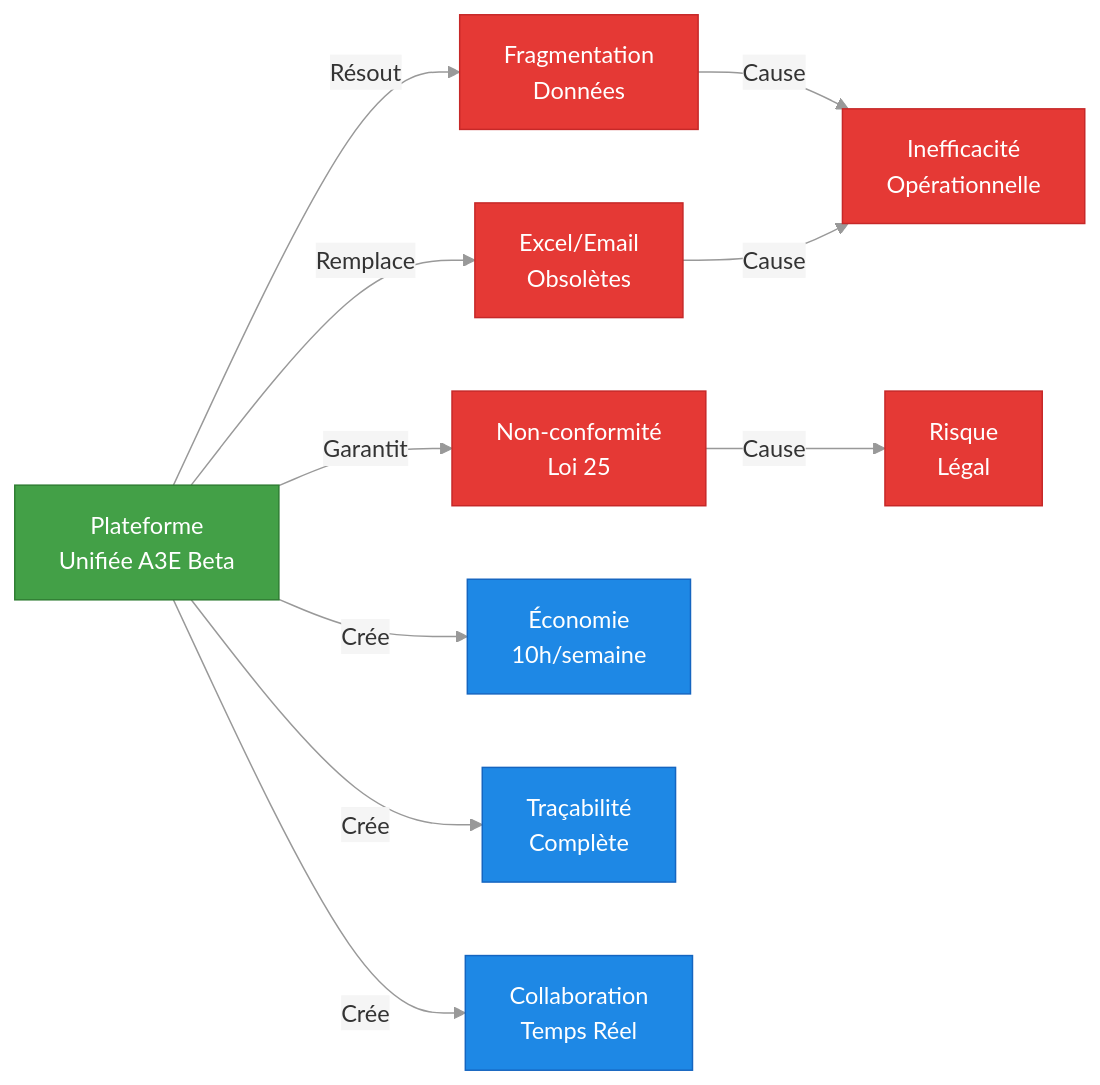
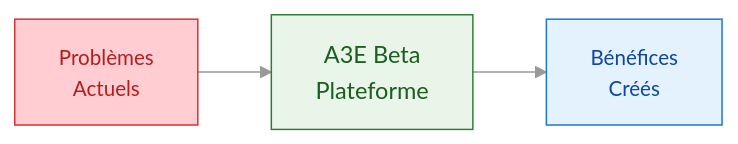
The first of 9 diagrams in project/6_product_specifications/PRD_MASTER.md (MacroMan5/project_a3e_beta), drawn with Mermaid before and after one commit. The commit also changed other lines of this file and 16 other files, not shown here.

````diff
--- a/project/6_product_specifications/PRD_MASTER.md
+++ b/project/6_product_specifications/PRD_MASTER.md
@@ -40,23 +40,14 @@
 ```mermaid
-%%{init: {'theme': 'base', 'themeVariables': { 'primaryColor': '#f5f5f5', 'lineColor': '#999'}}}%%
+%%{init: {'theme': 'base', 'themeVariables': { 'primaryColor': '#f5f5f5', 'lineColor': '#999', 'fontFamily': 'Roboto, sans-serif'}}}%%
 graph LR
-    classDef problem fill:#E53935,stroke:#C62828,color:white
-    classDef solution fill:#43A047,stroke:#2E7D32,color:white
-    classDef benefit fill:#1E88E5,stroke:#1565C0,color:white
-
-    A[Fragmentation<br/>Données] -->|Cause| B[Inefficacité<br/>Opérationnelle]
-    C[Excel/Email<br/>Obsolètes] -->|Cause| B
-    D[Non-conformité<br/>Loi 25] -->|Cause| E[Risque<br/>Légal]
+    Problems[Problèmes<br/>Actuels] --> Solution[A3E Beta<br/>Plateforme]
+    Solution --> Benefits[Bénéfices<br/>Créés]
     
-    F[Plateforme<br/>Unifiée A3E Beta] -->|Résout| A
-    F -->|Remplace| C
-    F -->|Garantit| D
+    classDef problem fill:#FFCDD2,stroke:#D32F2F,color:#B71C1C,font-size:14px
+    classDef solution fill:#E8F5E8,stroke:#2E7D32,color:#1B5E20,font-size:16px
+    classDef benefit fill:#E3F2FD,stroke:#1976D2,color:#0D47A1,font-size:14px
     
-    F -->|Crée| G[Économie<br/>10h/semaine]
-    F -->|Crée| H[Traçabilité<br/>Complète]
-    F -->|Crée| I[Collaboration<br/>Temps Réel]
-    
-    class A,C,D,B,E problem
-    class F solution
-    class G,H,I benefit
+    class Problems problem
+    class Solution solution
+    class Benefits benefit
 ```
````
